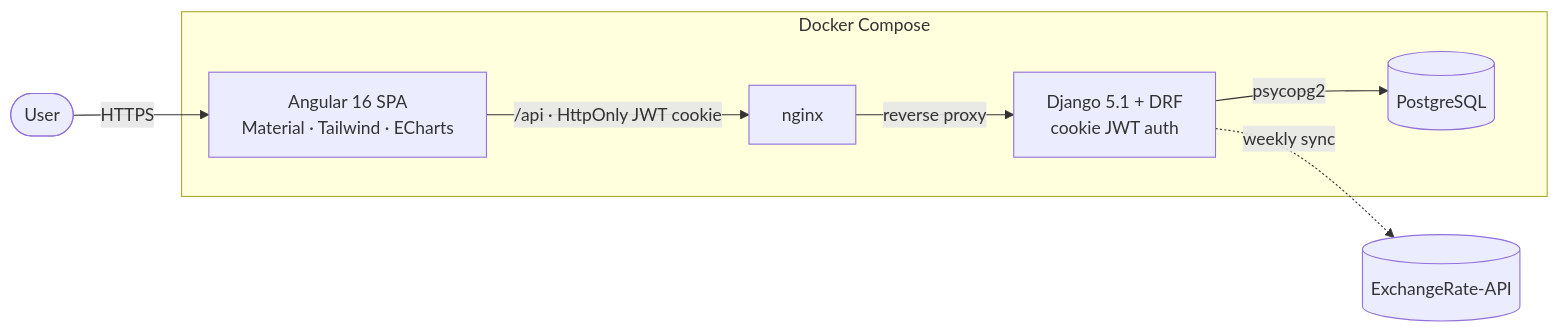
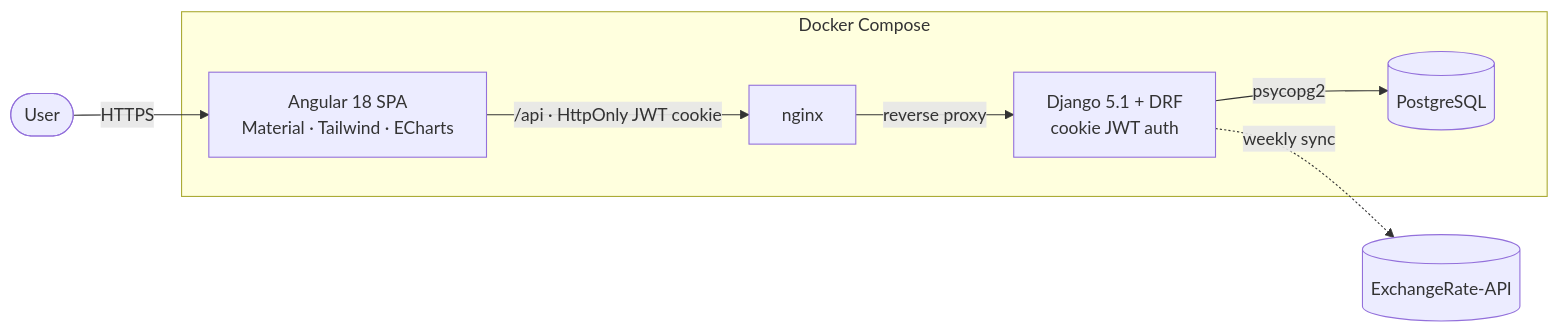
The diagram in README.md (LedjoLleshaj/Full-stack-ERP), drawn with Mermaid before and after one commit. The commit also changed other lines of this file, not shown here.

Commit message:
docs: update Angular version badge and fix table formatting

````diff
--- a/README.md
+++ b/README.md
@@ -17,14 +17,14 @@
 ```mermaid
 flowchart LR
-    User([User]) -->|HTTPS| NG[Angular 16 SPA<br/>Material · Tailwind · ECharts]
+    User([User]) -->|HTTPS| NG[Angular 18 SPA<br/>Material · Tailwind · ECharts]
     NG -->|/api · HttpOnly JWT cookie| NGINX[nginx]
     NGINX -->|reverse proxy| API[Django 5.1 + DRF<br/>cookie JWT auth]
     API -->|psycopg2| DB[(PostgreSQL)]
     API -.->|weekly sync| FX[(ExchangeRate-API)]
     subgraph Docker Compose
         NG
         NGINX
         API
         DB
     end
 ```
````
